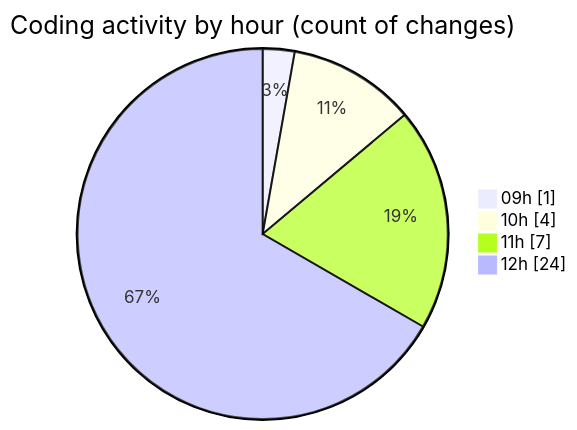
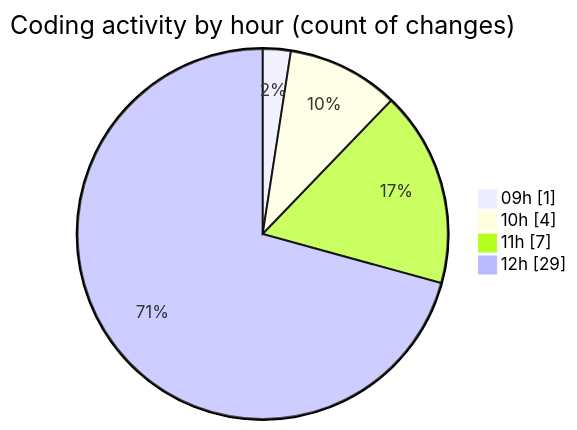
One commit to momahboobian/code-tracking changed the second of 2 diagrams in 2025-04-07/cda/README.md. Above: the diagram before and after it, drawn with Mermaid. The commit also changed other lines of this file and 1 other file, not shown here.

````diff
--- a/2025-04-07/cda/README.md
+++ b/2025-04-07/cda/README.md
@@ -33,8 +33,8 @@
 ```mermaid
 pie showData
 title Coding activity by hour (count of changes)
 "09h" : 1
 "10h" : 4
 "11h" : 7
-"12h" : 24
+"12h" : 29
 ```
````
